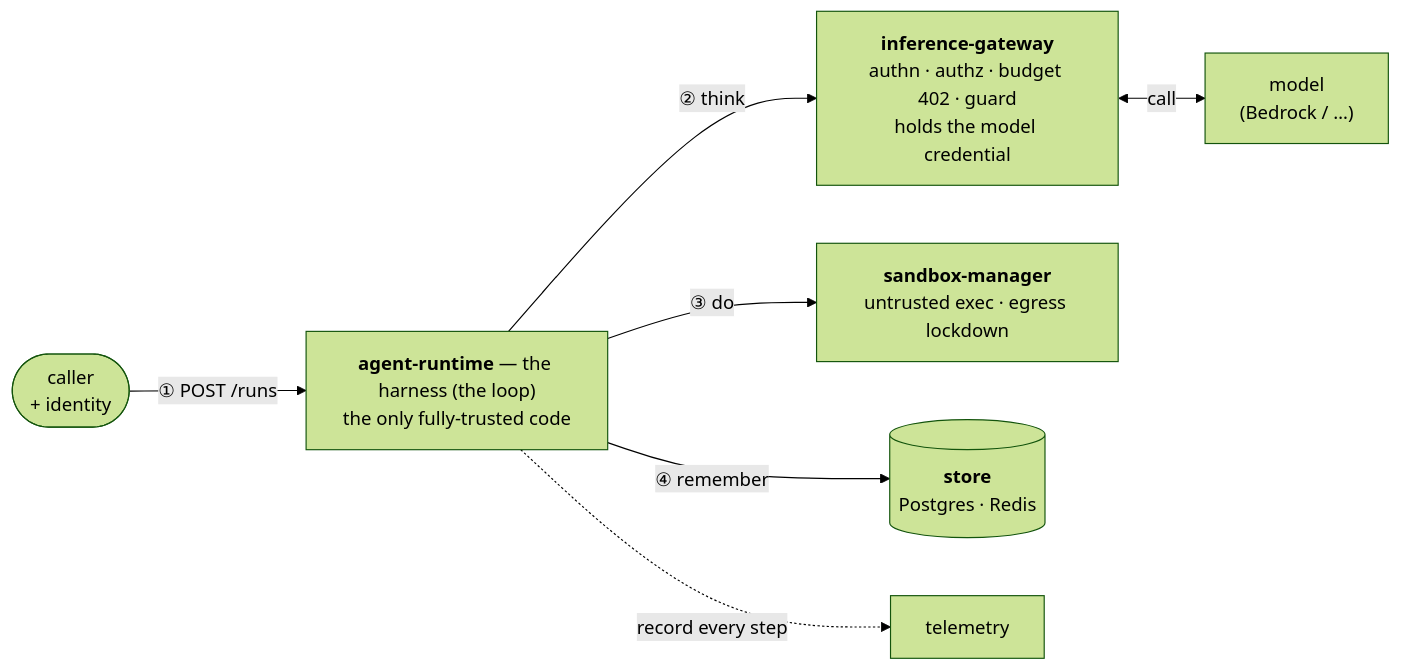
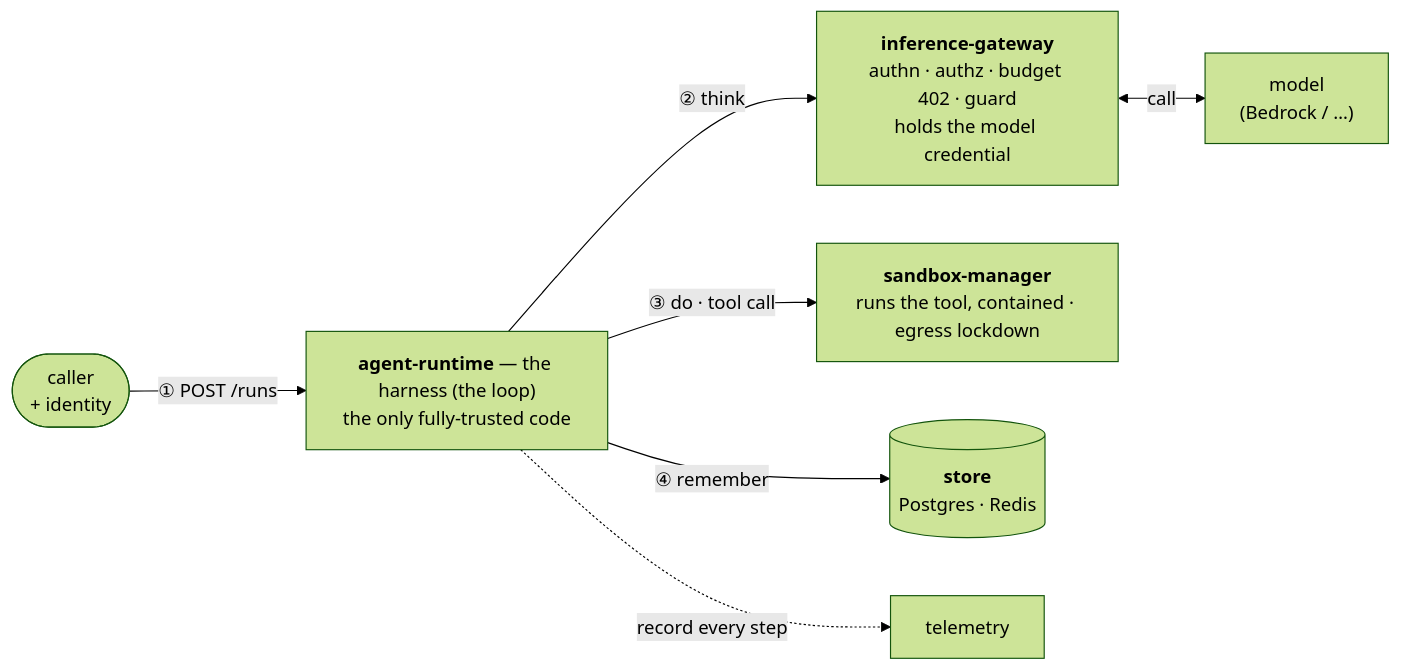
Before and after one commit to tilsley/creance: the eighth of 15 diagrams in docs/stack-slides.md, drawn with Mermaid (forest theme). The commit also changed other lines of this file, not shown here.

First line of the commit message:
docs(slides): rework model — 3 primitives (model/tool/memory), add 'contain' control

````diff
--- a/docs/stack-slides.md
+++ b/docs/stack-slides.md
@@ -115,9 +115,9 @@
 ```mermaid
 flowchart LR
   Caller(["caller<br/>+ identity"]) -->|"① POST /runs"| RT["<b>agent-runtime</b> — the harness (the loop)<br/>the only fully-trusted code"]
   RT -->|"② think"| GW["<b>inference-gateway</b><br/>authn · authz · budget 402 · guard<br/>holds the model credential"]
   GW <-->|"call"| Model["model<br/>(Bedrock / …)"]
-  RT -->|"③ do"| SB["<b>sandbox-manager</b><br/>untrusted exec · egress lockdown"]
+  RT -->|"③ do · tool call"| SB["<b>sandbox-manager</b><br/>runs the tool, contained · egress lockdown"]
   RT -->|"④ remember"| ST[("<b>store</b><br/>Postgres · Redis")]
   RT -.->|"record every step"| OB["telemetry"]
 ```
````
